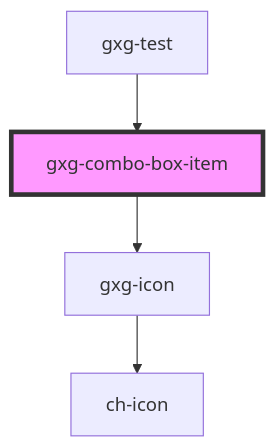
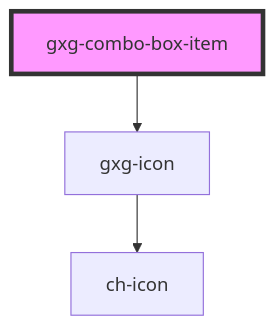
Before and after one commit to genexuslabs/gemini: the diagram in src/components/combo-box-item/readme.md, drawn with Mermaid. The commit also changed other lines of this file and 7 other files, not shown here.

````diff
--- a/src/components/combo-box-item/readme.md
+++ b/src/components/combo-box-item/readme.md
@@ -33,7 +29,6 @@
 ```mermaid
 graph TD;
   gxg-combo-box-item --> gxg-icon
   gxg-icon --> ch-icon
-  gxg-test --> gxg-combo-box-item
   style gxg-combo-box-item fill:#f9f,stroke:#333,stroke-width:4px
 ```
````
